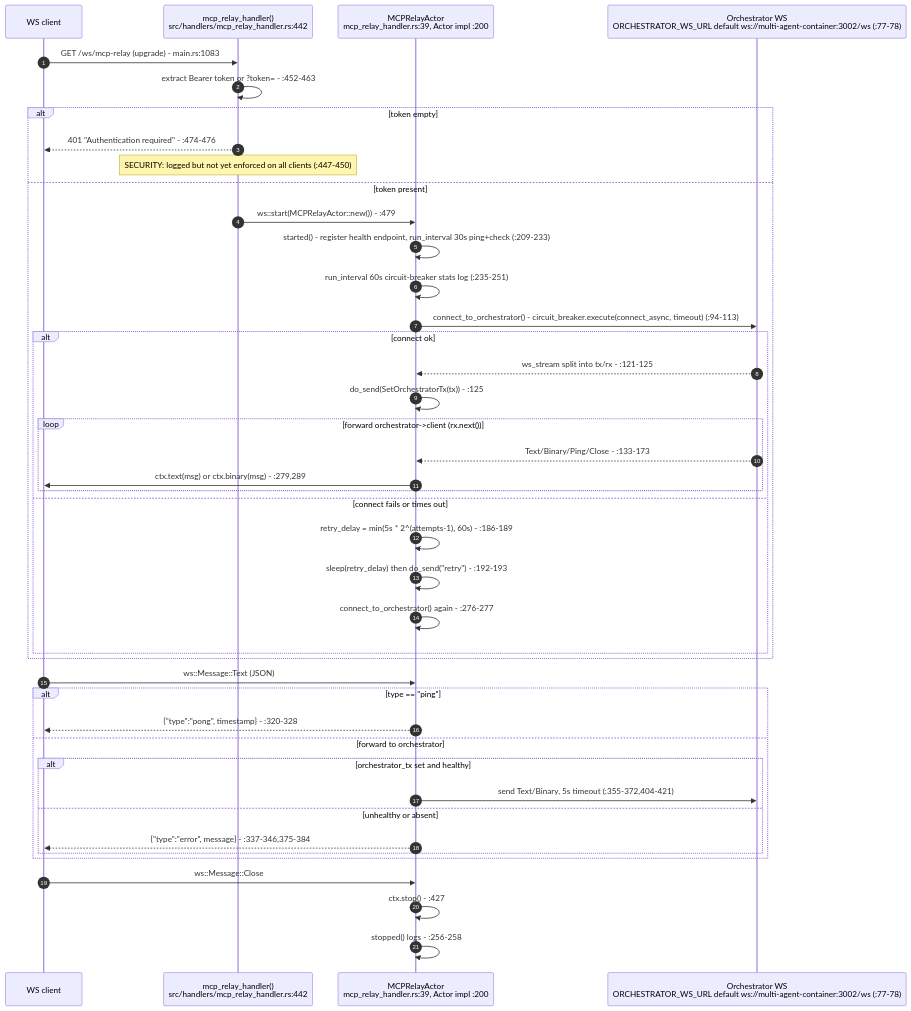
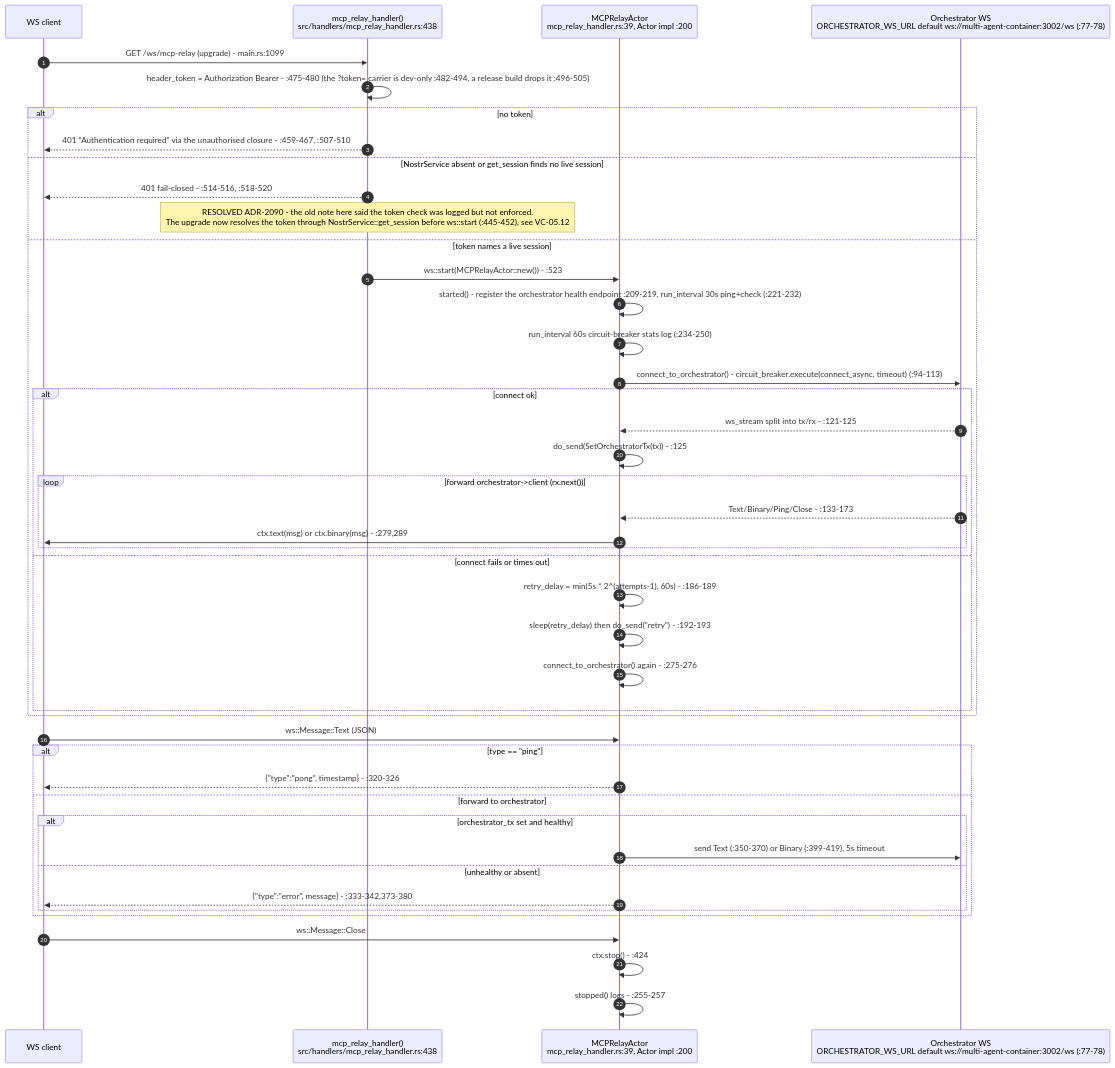
The third of 10 diagrams in docs/diagrams/visionclaw/27-agent-integration-mcp-relay.md (DreamLab-AI/VisionFlow), drawn with Mermaid before and after one commit. The commit also changed other lines of this file and 8 other files, not shown here.

Commit message:
docs(diagrams): multi-MCP discovery is real; re-stamp visionclaw 01/03/05/09/27 and estate/02

````diff
--- a/docs/diagrams/visionclaw/27-agent-integration-mcp-relay.md
+++ b/docs/diagrams/visionclaw/27-agent-integration-mcp-relay.md
@@ -117,45 +117,47 @@
 ```mermaid
 sequenceDiagram
     autonumber
     participant Client as WS client
-    participant H as mcp_relay_handler()<br/>src/handlers/mcp_relay_handler.rs:442
+    participant H as mcp_relay_handler()<br/>src/handlers/mcp_relay_handler.rs:438
     participant A as MCPRelayActor<br/>mcp_relay_handler.rs:39, Actor impl :200
     participant O as Orchestrator WS<br/>ORCHESTRATOR_WS_URL default ws://multi-agent-container:3002/ws (:77-78)
 
-    Client->>H: GET /ws/mcp-relay (upgrade) - main.rs:1083
-    H->>H: extract Bearer token or ?token= - :452-463
-    alt token empty
-        H-->>Client: 401 "Authentication required" - :474-476
-        Note over H: SECURITY: logged but not yet enforced on all clients (:447-450)
-    else token present
-        H->>A: ws::start(MCPRelayActor::new()) - :479
-        A->>A: started() - register health endpoint, run_interval 30s ping+check (:209-233)
-        A->>A: run_interval 60s circuit-breaker stats log (:235-251)
+    Client->>H: GET /ws/mcp-relay (upgrade) - main.rs:1099
+    H->>H: header_token = Authorization Bearer - :475-480 (the ?token= carrier is dev-only :482-494, a release build drops it :496-505)
+    alt no token
+        H-->>Client: 401 "Authentication required" via the unauthorised closure - :459-467, :507-510
+    else NostrService absent or get_session finds no live session
+        H-->>Client: 401 fail-closed - :514-516, :518-520
+        Note over H: RESOLVED ADR-2090 - the old note here said the token check was logged but not enforced.<br/>The upgrade now resolves the token through NostrService::get_session before ws::start (:445-452), see VC-05.12
+    else token names a live session
+        H->>A: ws::start(MCPRelayActor::new()) - :523
+        A->>A: started() - register the orchestrator health endpoint :209-219, run_interval 30s ping+check (:221-232)
+        A->>A: run_interval 60s circuit-breaker stats log (:234-250)
         A->>O: connect_to_orchestrator() - circuit_breaker.execute(connect_async, timeout) (:94-113)
         alt connect ok
             O-->>A: ws_stream split into tx/rx - :121-125
             A->>A: do_send(SetOrchestratorTx(tx)) - :125
             loop forward orchestrator->client (rx.next())
                 O-->>A: Text/Binary/Ping/Close - :133-173
                 A->>Client: ctx.text(msg) or ctx.binary(msg) - :279,289
             end
         else connect fails or times out
             A->>A: retry_delay = min(5s * 2^(attempts-1), 60s) - :186-189
             A->>A: sleep(retry_delay) then do_send("retry") - :192-193
-            A->>A: connect_to_orchestrator() again - :276-277
+            A->>A: connect_to_orchestrator() again - :275-276
         end
     end
     Client->>A: ws::Message::Text (JSON)
     alt type == "ping"
-        A-->>Client: {"type":"pong", timestamp} - :320-328
+        A-->>Client: {"type":"pong", timestamp} - :320-326
     else forward to orchestrator
         alt orchestrator_tx set and healthy
-            A->>O: send Text/Binary, 5s timeout (:355-372,404-421)
+            A->>O: send Text (:350-370) or Binary (:399-419), 5s timeout
         else unhealthy or absent
-            A-->>Client: {"type":"error", message} - :337-346,375-384
+            A-->>Client: {"type":"error", message} - :333-342,373-380
         end
     end
     Client->>A: ws::Message::Close
-    A->>A: ctx.stop() - :427
-    A->>A: stopped() logs - :256-258
+    A->>A: ctx.stop() - :424
+    A->>A: stopped() logs - :255-257
 ```
````
